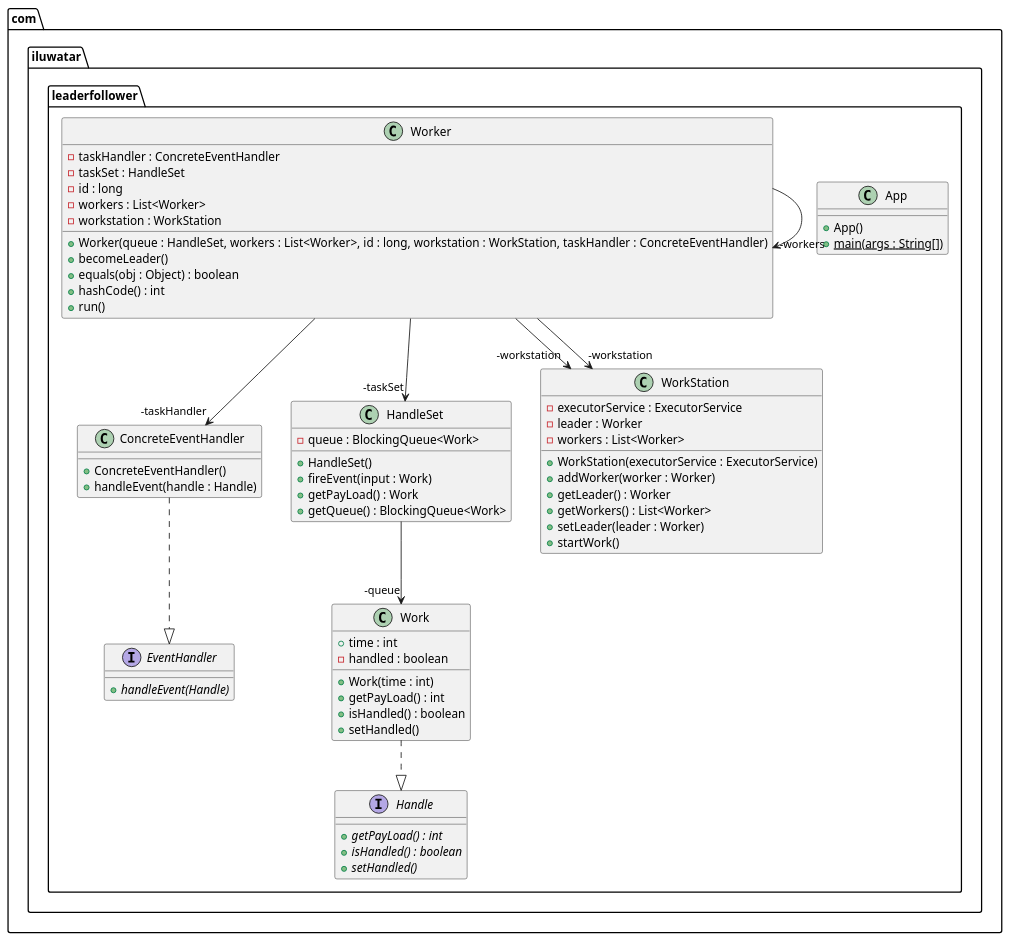
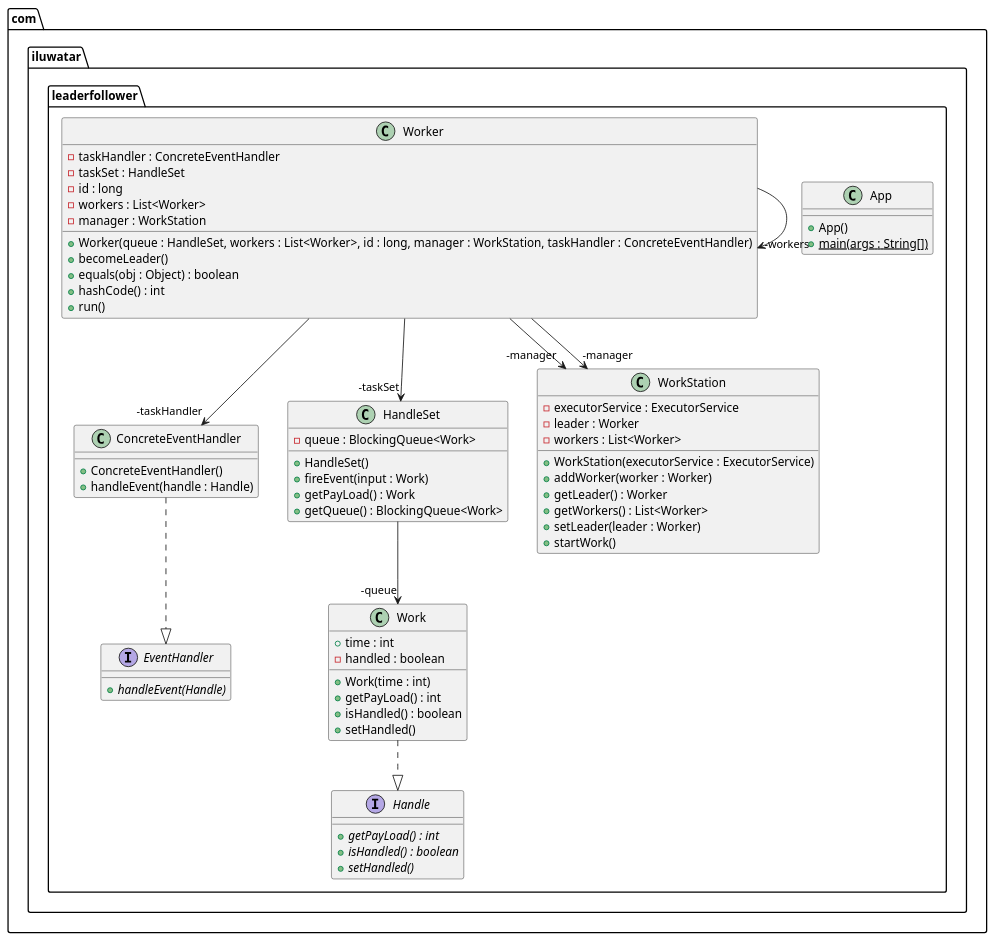
The diagram in leader-follower/etc/leader-follower.urm.puml (npczwh/java-design-patterns), drawn with PlantUML before and after one commit. The commit also changed 4 other files, not shown here.

Commit message:
refactor workstation to manager

```diff
--- a/leader-follower/etc/leader-follower.urm.puml
+++ b/leader-follower/etc/leader-follower.urm.puml
@@ -1,66 +1,66 @@
 @startuml
 package com.iluwatar.leaderfollower {
   class App {
     + App()
     + main(args : String[]) {static}
   }
   class ConcreteEventHandler {
     + ConcreteEventHandler()
     + handleEvent(handle : Handle)
   }
   interface EventHandler {
     + handleEvent(Handle) {abstract}
   }
   interface Handle {
     + getPayLoad() : int {abstract}
     + isHandled() : boolean {abstract}
     + setHandled() {abstract}
   }
   class HandleSet {
     - queue : BlockingQueue<Work>
     + HandleSet()
     + fireEvent(input : Work)
     + getPayLoad() : Work
     + getQueue() : BlockingQueue<Work>
   }
   class Work {
     + time : int
     - handled : boolean
     + Work(time : int)
     + getPayLoad() : int
     + isHandled() : boolean
     + setHandled()
   }
   class WorkStation {
     - executorService : ExecutorService
     - leader : Worker
     - workers : List<Worker>
     + WorkStation(executorService : ExecutorService)
     + addWorker(worker : Worker)
     + getLeader() : Worker
     + getWorkers() : List<Worker>
     + setLeader(leader : Worker)
     + startWork()
   }
   class Worker {
     - taskHandler : ConcreteEventHandler
     - taskSet : HandleSet
     - id : long
     - workers : List<Worker>
-    - workstation : WorkStation
-    + Worker(queue : HandleSet, workers : List<Worker>, id : long, workstation : WorkStation, taskHandler : ConcreteEventHandler)
+    - manager : WorkStation
+    + Worker(queue : HandleSet, workers : List<Worker>, id : long, manager : WorkStation, taskHandler : ConcreteEventHandler)
     + becomeLeader()
     + equals(obj : Object) : boolean
     + hashCode() : int
     + run()
   }
 }
 HandleSet -->  "-queue" Work
 Worker -->  "-taskSet" HandleSet
 Worker -->  "-taskHandler" ConcreteEventHandler
 Worker -->  "-workers" Worker
-Worker -->  "-workstation" WorkStation
-Worker -->  "-workstation" WorkStation
+Worker -->  "-manager" WorkStation
+Worker -->  "-manager" WorkStation
 ConcreteEventHandler ..|> EventHandler 
 Work ..|> Handle 
 @enduml
```
